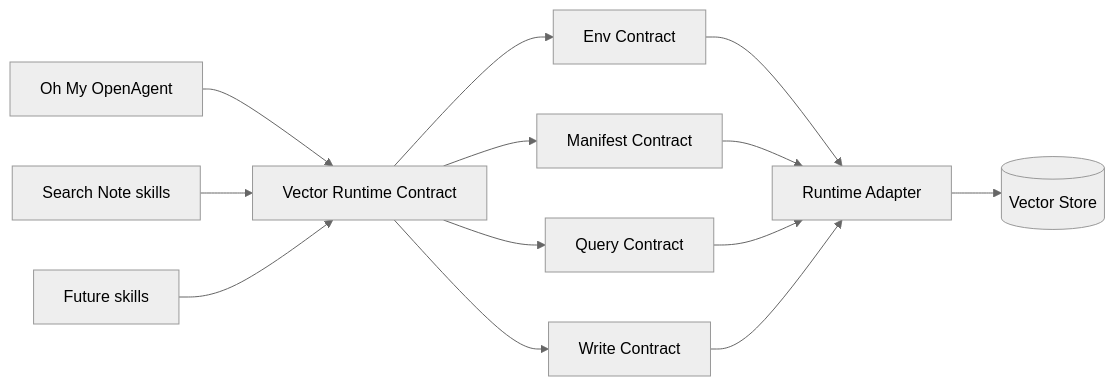
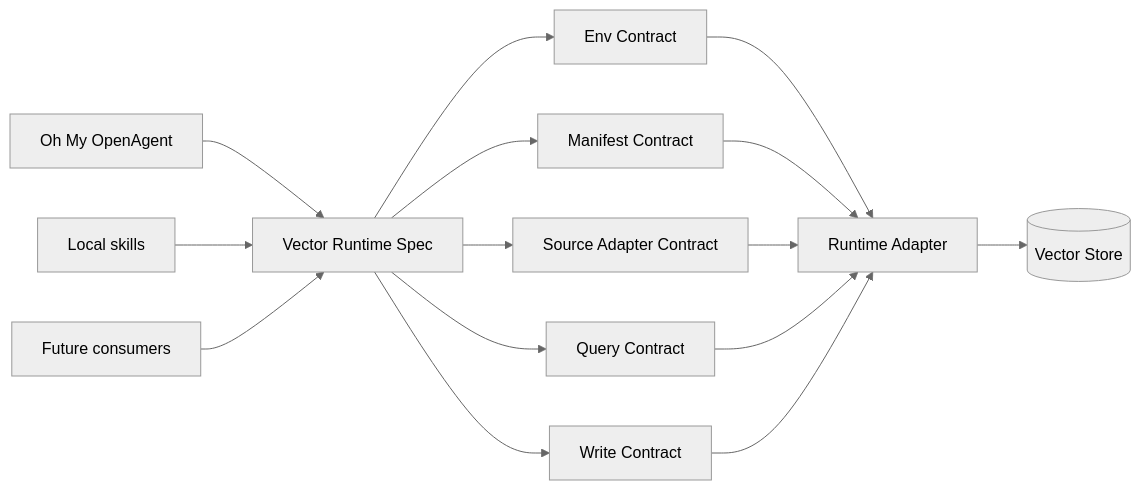
The diagram in docs/specs/vector-runtime-contract.md (Dandi007/oh-my-openagent), drawn with Mermaid (neutral theme) before and after one commit. The commit also changed other lines of this file, not shown here.

First line of the commit message:
docs(vector-runtime): define protocol-level runtime spec

````diff
--- a/docs/specs/vector-runtime-contract.md
+++ b/docs/specs/vector-runtime-contract.md
@@ -27,17 +27,19 @@
 ```mermaid
 flowchart LR
-  OMO[Oh My OpenAgent] --> C[Vector Runtime Contract]
-  SN[Search Note skills] --> C
-  FS[Future skills] --> C
+  OMO[Oh My OpenAgent] --> C[Vector Runtime Spec]
+  SK[Local skills] --> C
+  FS[Future consumers] --> C
 
   C --> E[Env Contract]
   C --> M[Manifest Contract]
+  C --> SA[Source Adapter Contract]
   C --> Q[Query Contract]
   C --> W[Write Contract]
 
   E --> R[Runtime Adapter]
   M --> R
+  SA --> R
   Q --> R
   W --> R
   R --> V[(Vector Store)]
 ```
````
